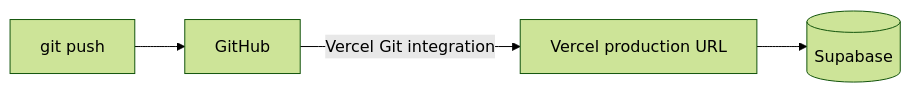
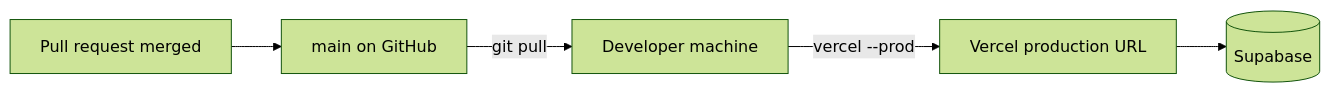
The seventh of 7 diagrams in docs/03-tdd.md (TanvirMahmudTushar/gym-buddy), drawn with Mermaid (forest theme) before and after one commit. The commit also changed other lines of this file and 5 other files, not shown here.

````diff
--- a/docs/03-tdd.md
+++ b/docs/03-tdd.md
@@ -928,6 +956,7 @@
 ```mermaid
 flowchart LR
-    Dev[git push] --> GH[GitHub]
-    GH -->|Vercel Git integration| Prod[Vercel production URL]
+    PR[Pull request merged] --> Main[main on GitHub]
+    Main -->|git pull| Dev[Developer machine]
+    Dev -->|vercel --prod| Prod[Vercel production URL]
     Prod --> DB[(Supabase)]
 ```
````
